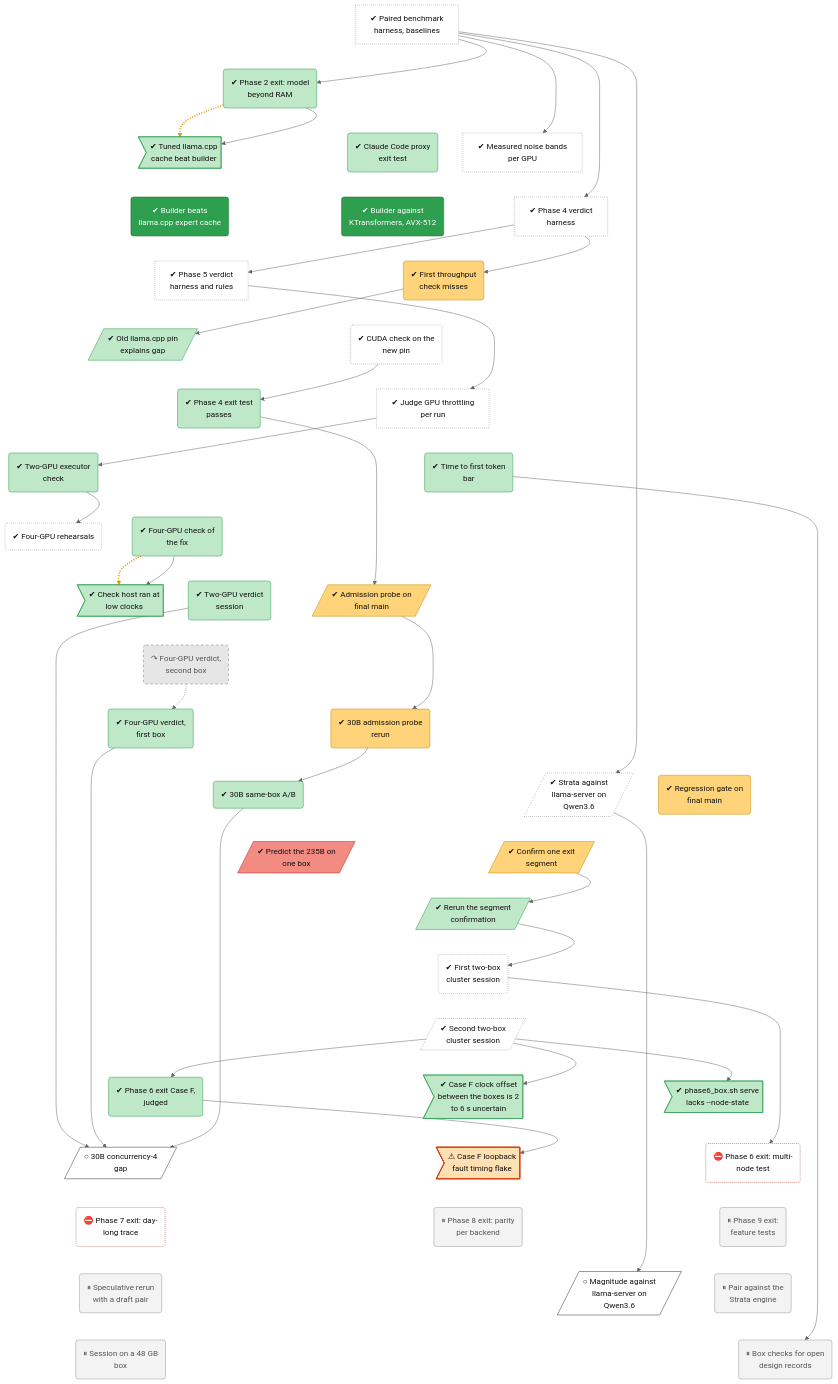
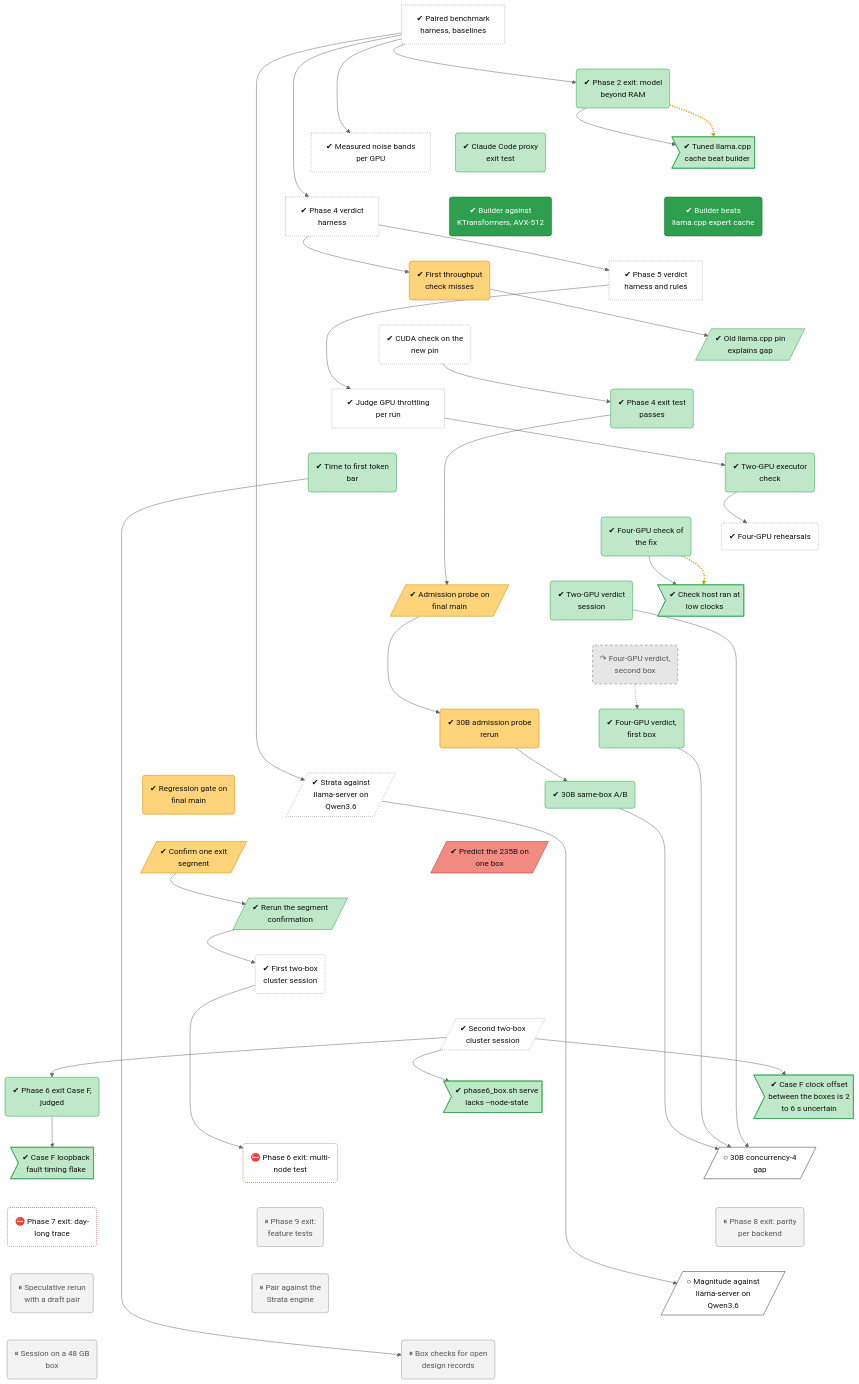
One commit to lhns/tetraeder changed the diagram in docs/roadmap/tracks/bench.md. Above: the diagram before and after it, drawn with Mermaid (neutral theme). The commit also changed other lines of this file and 3 other files, not shown here.

Commit message:
Phase 6 Case S checks (ADR 0091, 0092); not measured: tree pages rebuilt after merging main

````diff
--- a/docs/roadmap/tracks/bench.md
+++ b/docs/roadmap/tracks/bench.md
@@ -44,8 +44,8 @@
     bench_phase6_exit_f("✔ Phase 6 exit Case F,<br/>judged")
     bench_phase6_clock_offset>"✔ Case F clock offset<br/>between the boxes is 2<br/>to 6 s uncertain"]
     bench_phase6_serve_node_state>"✔ phase6_box.sh serve<br/>lacks --node-state"]
+    bench_phase6_loopback_f_flake>"✔ Case F loopback<br/>fault timing flake"]
     bench_30b_c4_gap[/"○ 30B concurrency-4<br/>gap"/]
-    bench_phase6_loopback_f_flake>"⚠ Case F loopback<br/>fault timing flake"]
     bench_phase6_exit("⛔ Phase 6 exit: multi-<br/>node test")
     bench_phase7_exit("⛔ Phase 7 exit: day-<br/>long trace")
     bench_phase8_exit("⏸ Phase 8 exit: parity<br/>per backend")
@@ -94,11 +94,11 @@
     bench_phase6_rehearsal_2 ~~~ bench_phase6_exit_f
     bench_phase6_rehearsal_2 ~~~ bench_phase6_clock_offset
     bench_phase6_rehearsal_2 ~~~ bench_phase6_serve_node_state
-    bench_phase6_exit_f ~~~ bench_30b_c4_gap
-    bench_phase6_clock_offset ~~~ bench_phase6_loopback_f_flake
+    bench_phase6_exit_f ~~~ bench_phase6_loopback_f_flake
+    bench_phase6_clock_offset ~~~ bench_30b_c4_gap
     bench_phase6_serve_node_state ~~~ bench_phase6_exit
-    bench_30b_c4_gap ~~~ bench_phase7_exit
-    bench_phase6_loopback_f_flake ~~~ bench_phase8_exit
+    bench_phase6_loopback_f_flake ~~~ bench_phase7_exit
+    bench_30b_c4_gap ~~~ bench_phase8_exit
     bench_phase6_exit ~~~ bench_phase9_exit
     bench_phase7_exit ~~~ bench_spec_rerun
     bench_phase8_exit ~~~ bench_magnitude_q36
@@ -130,10 +130,10 @@
     bench_phase6_rehearsal_2 --> bench_phase6_exit_f
     bench_phase6_rehearsal_2 --> bench_phase6_clock_offset
     bench_phase6_rehearsal_2 --> bench_phase6_serve_node_state
+    bench_phase6_exit_f --> bench_phase6_loopback_f_flake
     bench_v2_verdict --> bench_30b_c4_gap
     bench_v4a_verdict --> bench_30b_c4_gap
     bench_ab30b --> bench_30b_c4_gap
-    bench_phase6_exit_f --> bench_phase6_loopback_f_flake
     bench_phase6_rehearsal --> bench_phase6_exit
     bench_strata_q36 --> bench_magnitude_q36
     bench_ttft --> bench_open_records
@@ -153,13 +153,12 @@
     classDef finding fill:#ffe0b2,stroke:#d84315,stroke-width:2px,color:#111
     classDef waiting fill:#e3f2fd,stroke:#1f6fc5,stroke-dasharray:5 5,color:#111
     class bench_harness,bench_noise_bands,bench_phase4_harness,bench_phase5_harness,bench_pin_confirm,bench_throttle_rules,bench_s3_rehearsal,bench_strata_q36,bench_phase6_rehearsal,bench_phase6_rehearsal_2 unrated
-    class bench_phase2_exit,bench_defect_tuned_cache,bench_phase3b_proxy,bench_pin_ab,bench_phase4_exit,bench_s2_step0,bench_ttft,bench_s3f2,bench_defect_s3f2_clock,bench_v2_verdict,bench_v4a_verdict,bench_ab30b,bench_235b_segment_confirm_2,bench_phase6_exit_f,bench_phase6_clock_offset,bench_phase6_serve_node_state succ
+    class bench_phase2_exit,bench_defect_tuned_cache,bench_phase3b_proxy,bench_pin_ab,bench_phase4_exit,bench_s2_step0,bench_ttft,bench_s3f2,bench_defect_s3f2_clock,bench_v2_verdict,bench_v4a_verdict,bench_ab30b,bench_235b_segment_confirm_2,bench_phase6_exit_f,bench_phase6_clock_offset,bench_phase6_serve_node_state,bench_phase6_loopback_f_flake succ
     class bench_m1_point1,bench_m1_point3 vsucc
     class bench_d2a_rerun,bench_d2a_probe,bench_d2a_30b,bench_regression_gate,bench_235b_segment_confirm mixed
     class bench_v4b_verdict dead
     class bench_235b_stream_predict bad
     class bench_30b_c4_gap,bench_magnitude_q36 next
-    class bench_phase6_loopback_f_flake finding
     class bench_phase6_exit,bench_phase7_exit blocked
     class bench_phase8_exit,bench_phase9_exit,bench_spec_rerun,bench_strata_pairing,bench_d1_session,bench_open_records parked
 ```
````
